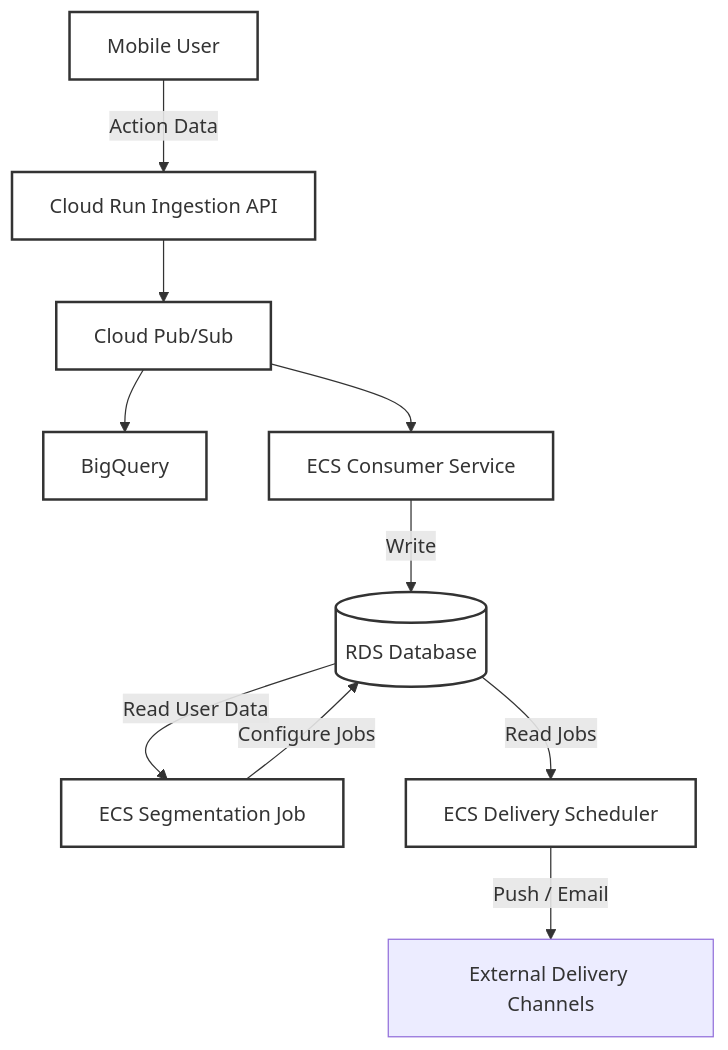
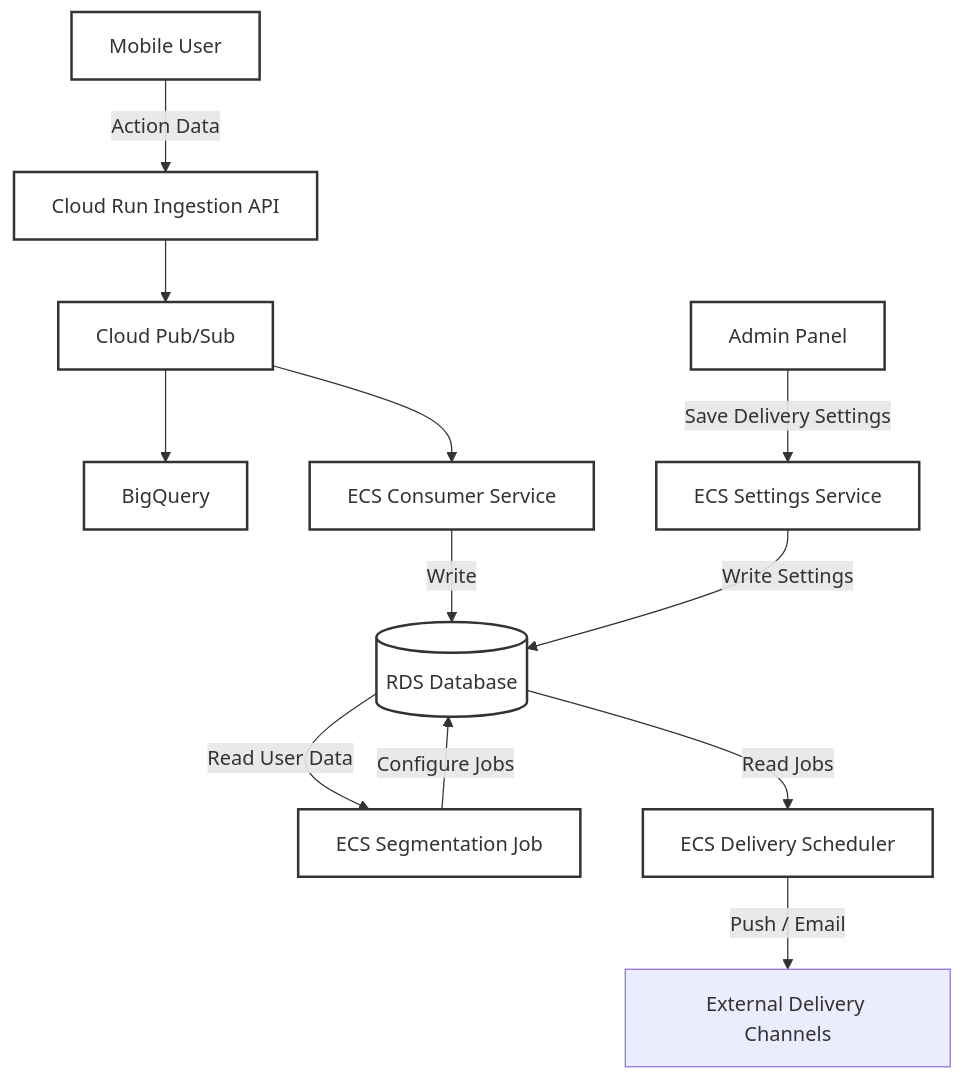
One commit to shukubota/datapipeline-example changed the diagram in README.md. Above: the diagram before and after it, drawn with Mermaid. The commit also changed other lines of this file, not shown here.

Commit message:
docs: Update system architecture and folder structure

````diff
--- a/README.md
+++ b/README.md
@@ -20,40 +20,48 @@
 ```mermaid
 graph TD
     %% Nodes
     User[Mobile User]
     Ingest[Cloud Run Ingestion API]
     PubSub[Cloud Pub/Sub]
     BQ[BigQuery]
     Consumer[ECS Consumer Service]
     RDS[(RDS Database)]
+    Admin[Admin Panel]
+    SettingsService[ECS Settings Service]
     SegmentJob[ECS Segmentation Job]
     DeliveryJob[ECS Delivery Scheduler]
     PushEmail[External Delivery Channels]
 
     %% Flow 1: Ingestion
     User -->|Action Data| Ingest
     Ingest --> PubSub
     PubSub --> BQ
 
     %% Flow 2: Processing
     PubSub --> Consumer
     Consumer -->|Write| RDS
 
-    %% Flow 3: Segmentation & Action
+    %% Flow 3: Admin Configuration
+    Admin -->|Save Delivery Settings| SettingsService
+    SettingsService -->|Write Settings| RDS
+
+    %% Flow 4: Segmentation & Action
     RDS -->|Read User Data| SegmentJob
     SegmentJob -->|Configure Jobs| RDS
     
-    %% Flow 4: Delivery
+    %% Flow 5: Delivery
     RDS -->|Read Jobs| DeliveryJob
     DeliveryJob -->|Push / Email| PushEmail
 
     %% Styling
     style User fill:none,stroke:#333,stroke-width:2px
     style Ingest fill:none,stroke:#333,stroke-width:2px
     style PubSub fill:none,stroke:#333,stroke-width:2px
     style BQ fill:none,stroke:#333,stroke-width:2px
     style Consumer fill:none,stroke:#333,stroke-width:2px
     style RDS fill:none,stroke:#333,stroke-width:2px
+    style Admin fill:none,stroke:#333,stroke-width:2px
+    style SettingsService fill:none,stroke:#333,stroke-width:2px
     style SegmentJob fill:none,stroke:#333,stroke-width:2px
     style DeliveryJob fill:none,stroke:#333,stroke-width:2px
 ```
````
